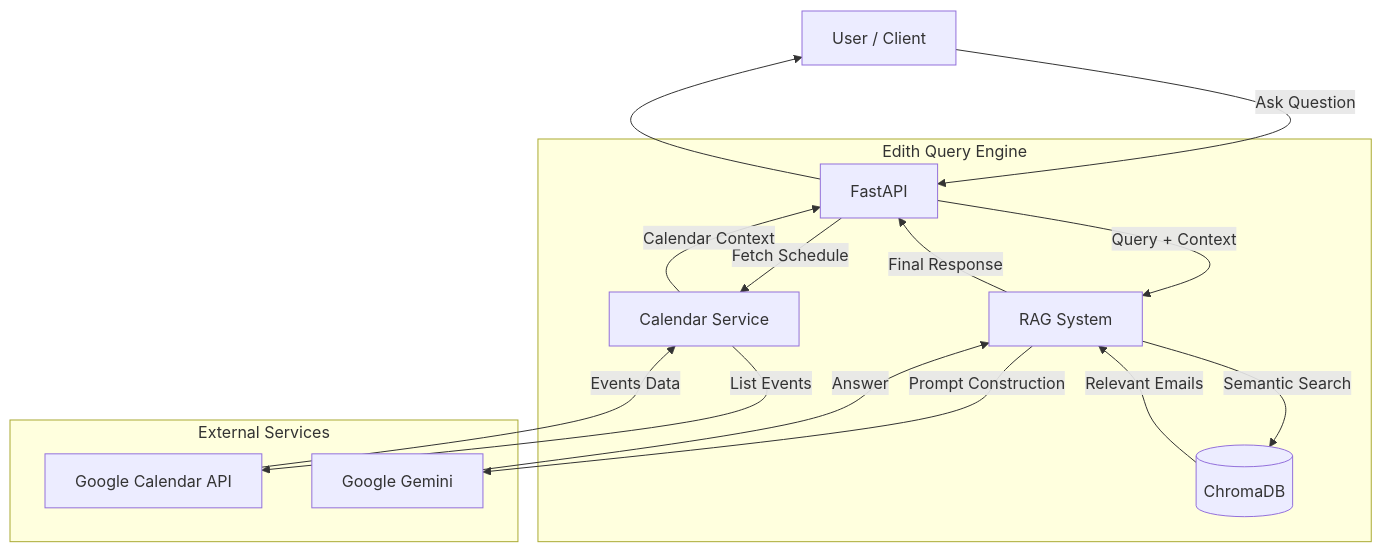
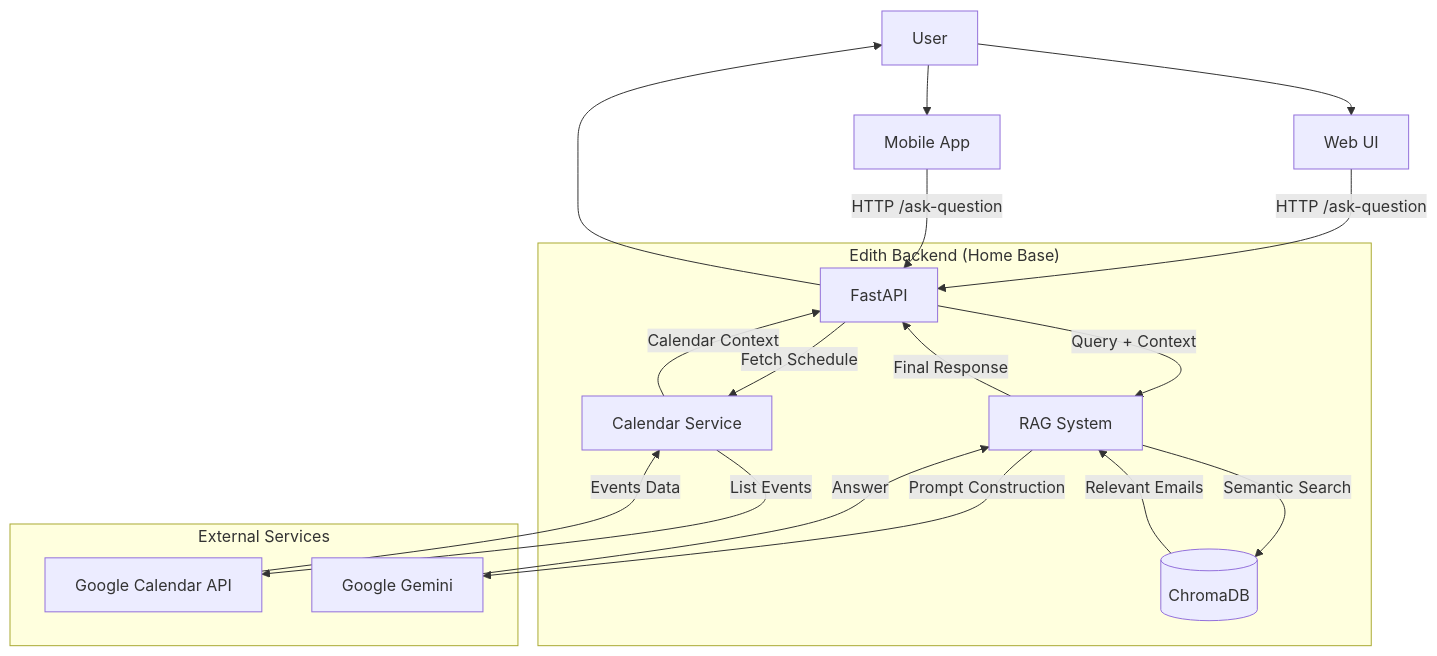
The second of 2 diagrams in DESIGN.md (ChrisBryann/edith), drawn with Mermaid before and after one commit. The commit also changed other lines of this file and 16 other files, not shown here.

````diff
--- a/DESIGN.md
+++ b/DESIGN.md
@@ -34,35 +34,39 @@
 ```mermaid
 graph TD
-    User[User / Client]
+    User[User]
+    Web[Web UI]
+    Mobile[Mobile App]
     
-    subgraph "Edith Query Engine"
+    subgraph "Edith Backend (Home Base)"
         API[FastAPI]
         Cal[Calendar Service]
         RAG[RAG System]
         DB[(ChromaDB)]
     end
     
     subgraph "External Services"
         G_CAL[Google Calendar API]
         LLM[Google Gemini]
     end
 
-    User -- "Ask Question" --> API
+    User --> Web
+    User --> Mobile
+    Web & Mobile -- "HTTP /ask-question" --> API
     
     %% Context Gathering
     API -- "Fetch Schedule" --> Cal
     Cal -- "List Events" --> G_CAL
     G_CAL -- "Events Data" --> Cal
     Cal -- "Calendar Context" --> API
     
     %% RAG Flow
     API -- "Query + Context" --> RAG
     RAG -- "Semantic Search" --> DB
     DB -- "Relevant Emails" --> RAG
     
     %% Generation
     RAG -- "Prompt Construction" --> LLM
     LLM -- "Answer" --> RAG
     RAG -- "Final Response" --> API
     API --> User
 ```
````
